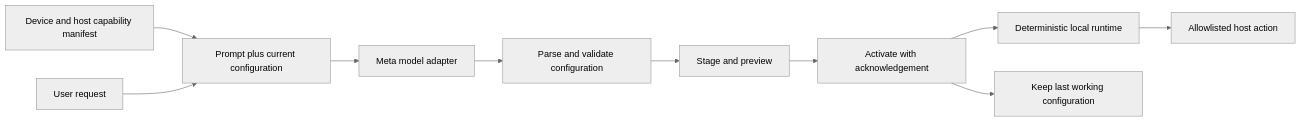
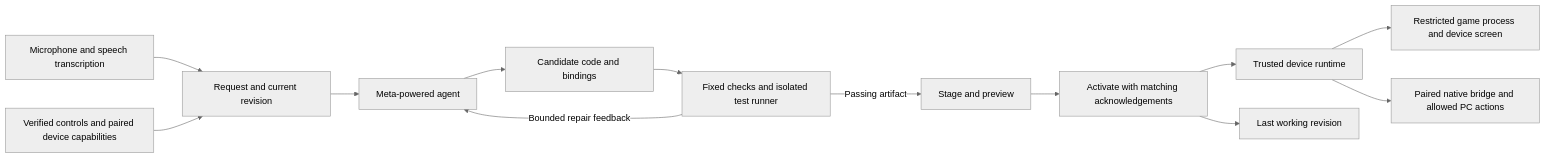
One commit to Divyesh-Thirukonda/cruise changed the diagram in context/architecture.md. Above: the diagram before and after it, drawn with Mermaid (neutral theme). The commit also changed other lines of this file and 10 other files, not shown here.

````diff
--- a/context/architecture.md
+++ b/context/architecture.md
@@ -9,12 +15,15 @@
 ```mermaid
 flowchart LR
-    D[Device and host capability manifest] --> P[Prompt plus current configuration]
-    U[User request] --> P
-    P --> M[Meta model adapter]
-    M --> V[Parse and validate configuration]
-    V --> S[Stage and preview]
-    S --> A[Activate with acknowledgement]
-    A --> R[Deterministic local runtime]
-    R --> H[Allowlisted host action]
-    A --> K[Keep last working configuration]
+    V[Microphone and speech transcription] --> Q[Request and current revision]
+    C[Verified controls and paired device capabilities] --> Q
+    Q --> M[Meta-powered agent]
+    M --> G[Candidate code and bindings]
+    G --> T[Fixed checks and isolated test runner]
+    T -->|Bounded repair feedback| M
+    T -->|Passing artifact| S[Stage and preview]
+    S --> A[Activate with matching acknowledgements]
+    A --> R[Trusted device runtime]
+    R --> X[Restricted game process and device screen]
+    R --> B[Paired native bridge and allowed PC actions]
+    A --> K[Last working revision]
 ```
````
